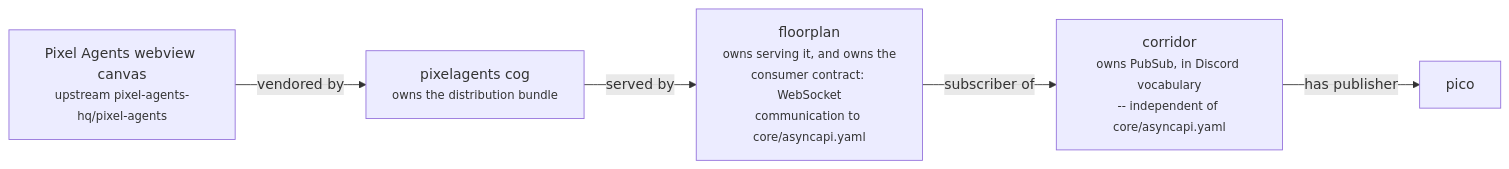
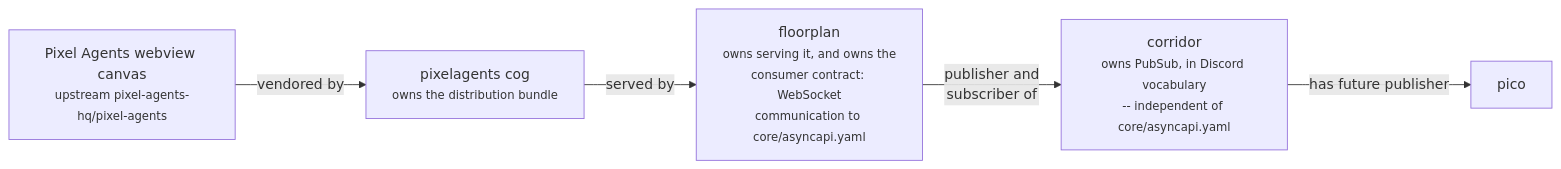
Before and after one commit to pixel-agents-hq/pixel-agents-cogs: the first of 7 diagrams in docs/corridor-pubsub-design.md, drawn with Mermaid. The commit also changed other lines of this file and 20 other files, not shown here.

````diff
--- a/docs/corridor-pubsub-design.md
+++ b/docs/corridor-pubsub-design.md
@@ -105,13 +109,13 @@
 ```mermaid
 flowchart LR
     Canvas["Pixel Agents webview canvas<br/><small>upstream pixel-agents-hq/pixel-agents</small>"]
     PA["pixelagents cog<br/><small>owns the distribution bundle</small>"]
     FP["floorplan<br/><small>owns serving it, and owns the<br/>consumer contract: WebSocket<br/>communication to core/asyncapi.yaml</small>"]
     C["corridor<br/><small>owns PubSub, in Discord vocabulary<br/>-- independent of core/asyncapi.yaml</small>"]
     Pico["pico"]
 
     Canvas -- "vendored by" --> PA
     PA -- "served by" --> FP
-    FP -- "subscriber of" --> C
-    C -- "has publisher" --> Pico
+    FP -- "publisher and<br/>subscriber of" --> C
+    C -- "has future publisher" --> Pico
 ```
````
